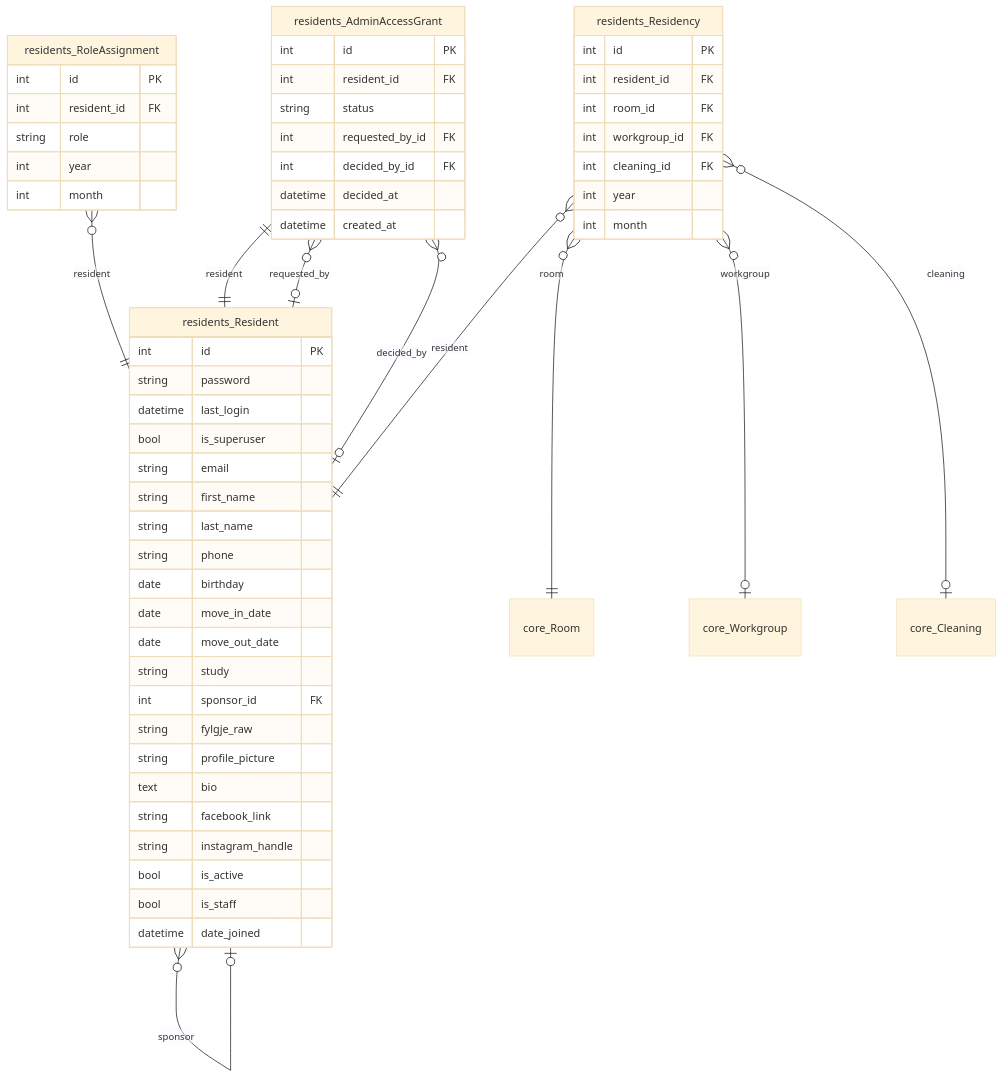
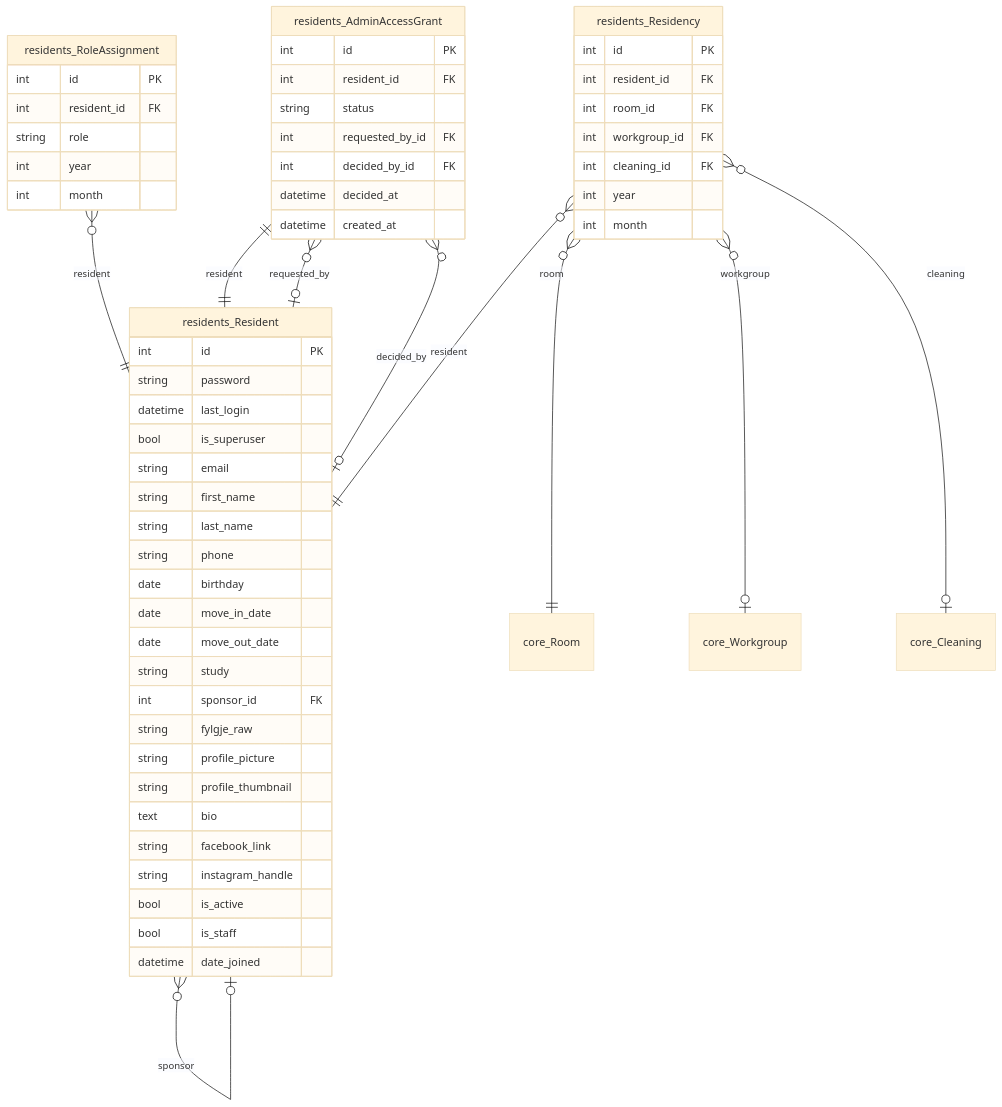
One commit to GAHK-org/gahk_intern changed diagram 14 of 16 in docs/erd.md. Above: the diagram before and after it, drawn with Mermaid (base theme). The commit also changed other lines of this file and 13 other files, not shown here.

First line of the commit message:
Serve avatars from a small profile thumbnail (#177)

````diff
--- a/docs/erd.md
+++ b/docs/erd.md
@@ -1498,70 +1499,71 @@
 ```mermaid
 erDiagram
     residents_Resident {
         int id PK
         string password
         datetime last_login
         bool is_superuser
         string email
         string first_name
         string last_name
         string phone
         date birthday
         date move_in_date
         date move_out_date
         string study
         int sponsor_id FK
         string fylgje_raw
         string profile_picture
+        string profile_thumbnail
         text bio
         string facebook_link
         string instagram_handle
         bool is_active
         bool is_staff
         datetime date_joined
     }
 
     residents_Residency {
         int id PK
         int resident_id FK
         int room_id FK
         int workgroup_id FK
         int cleaning_id FK
         int year
         int month
     }
 
     residents_RoleAssignment {
         int id PK
         int resident_id FK
         string role
         int year
         int month
     }
 
     residents_AdminAccessGrant {
         int id PK
         int resident_id FK
         string status
         int requested_by_id FK
         int decided_by_id FK
         datetime decided_at
         datetime created_at
     }
 
     core_Cleaning { }
 
     core_Room { }
 
     core_Workgroup { }
 
     residents_Resident }o--|o residents_Resident : "sponsor"
     residents_Residency }o--|| residents_Resident : "resident"
     residents_Residency }o--|| core_Room : "room"
     residents_Residency }o--|o core_Workgroup : "workgroup"
     residents_Residency }o--|o core_Cleaning : "cleaning"
     residents_RoleAssignment }o--|| residents_Resident : "resident"
     residents_AdminAccessGrant ||--|| residents_Resident : "resident"
     residents_AdminAccessGrant }o--|o residents_Resident : "requested_by"
     residents_AdminAccessGrant }o--|o residents_Resident : "decided_by"
 ```
````
